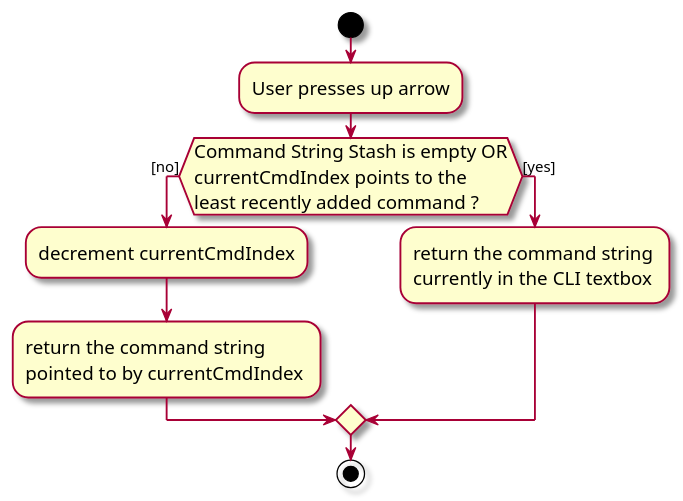
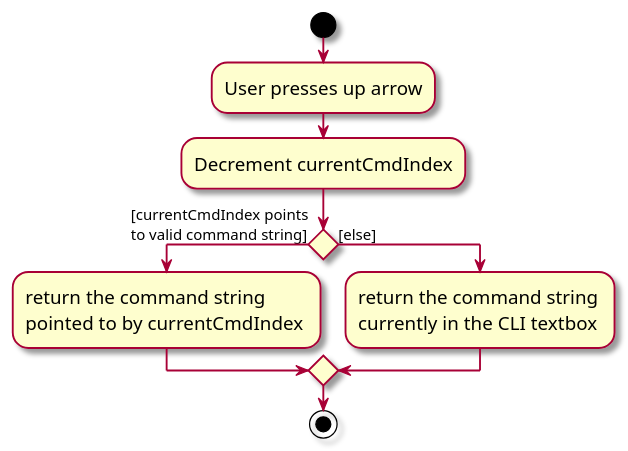
One commit to nus-cs2103-AY2324S1/tp changed the diagram in docs/diagrams/UpArrowActivityDiagram.puml. Above: the diagram before and after it, drawn with PlantUML. The commit also changed 4 other files, not shown here.

```diff
--- a/docs/diagrams/UpArrowActivityDiagram.puml
+++ b/docs/diagrams/UpArrowActivityDiagram.puml
@@ -1,22 +1,21 @@
 @startuml
 skin rose
 skinparam ActivityFontSize 15
 skinparam ArrowFontSize 12
 start
 :User presses up arrow;
 
 'Since the beta syntax does not support placing the condition outside the
 'diamond we place it as the true branch instead.
 
-if (Command String Stash is empty OR
-currentCmdIndex points to the
-least recently added command ?) then ([no])
-    :decrement currentCmdIndex;
+:Decrement currentCmdIndex;
+if () then ([currentCmdIndex points
+to valid command string])
     :return the command string
     pointed to by currentCmdIndex ;
-else ([yes])
+else ([else])
     :return the command string
     currently in the CLI textbox ;
 endif
 stop
 @enduml
```
